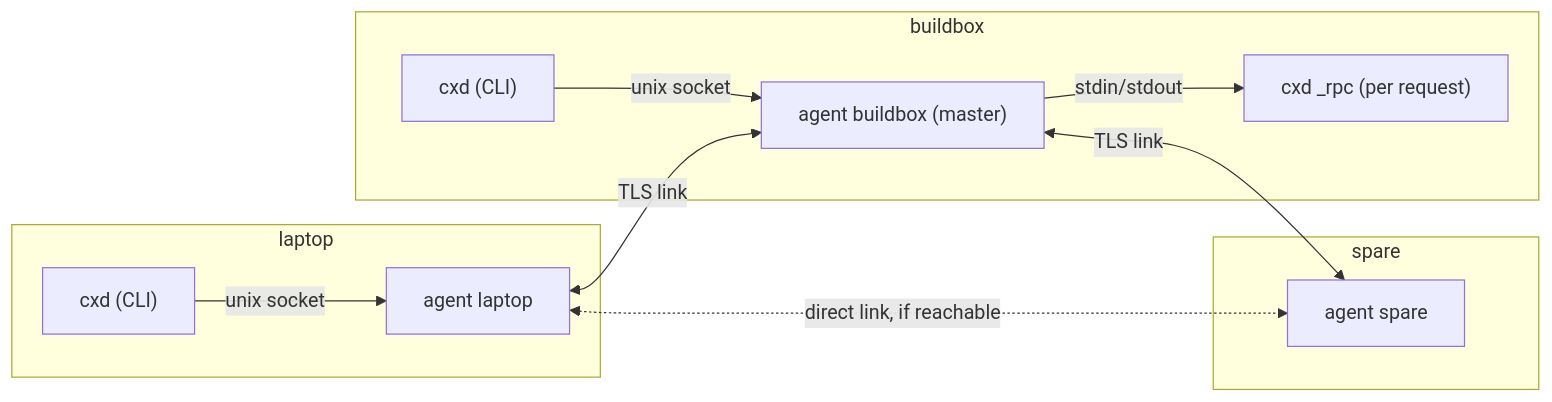
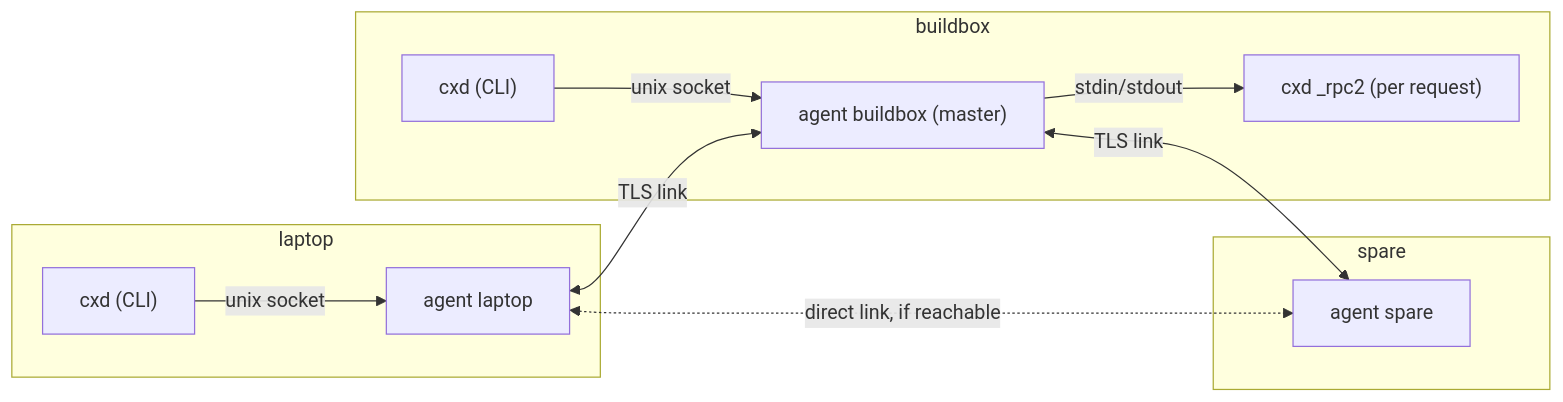
Before and after one commit to guuslangelaar0/cswap-cross-device: the diagram in docs/design/broker.md, drawn with Mermaid. The commit also changed other lines of this file, not shown here.

````diff
--- a/docs/design/broker.md
+++ b/docs/design/broker.md
@@ -47,17 +47,17 @@
 ```mermaid
 flowchart LR
   subgraph laptop
     CLI1["cxd (CLI)"] -- "unix socket" --> A1["agent laptop"]
   end
   subgraph buildbox
     A2["agent buildbox (master)"]
     CLI2["cxd (CLI)"] -- "unix socket" --> A2
-    A2 -- "stdin/stdout" --> R2["cxd _rpc (per request)"]
+    A2 -- "stdin/stdout" --> R2["cxd _rpc2 (per request)"]
   end
   subgraph spare
     A3["agent spare"]
   end
   A1 <-- "TLS link" --> A2
   A2 <-- "TLS link" --> A3
   A1 <-. "direct link, if reachable" .-> A3
 ```
````
